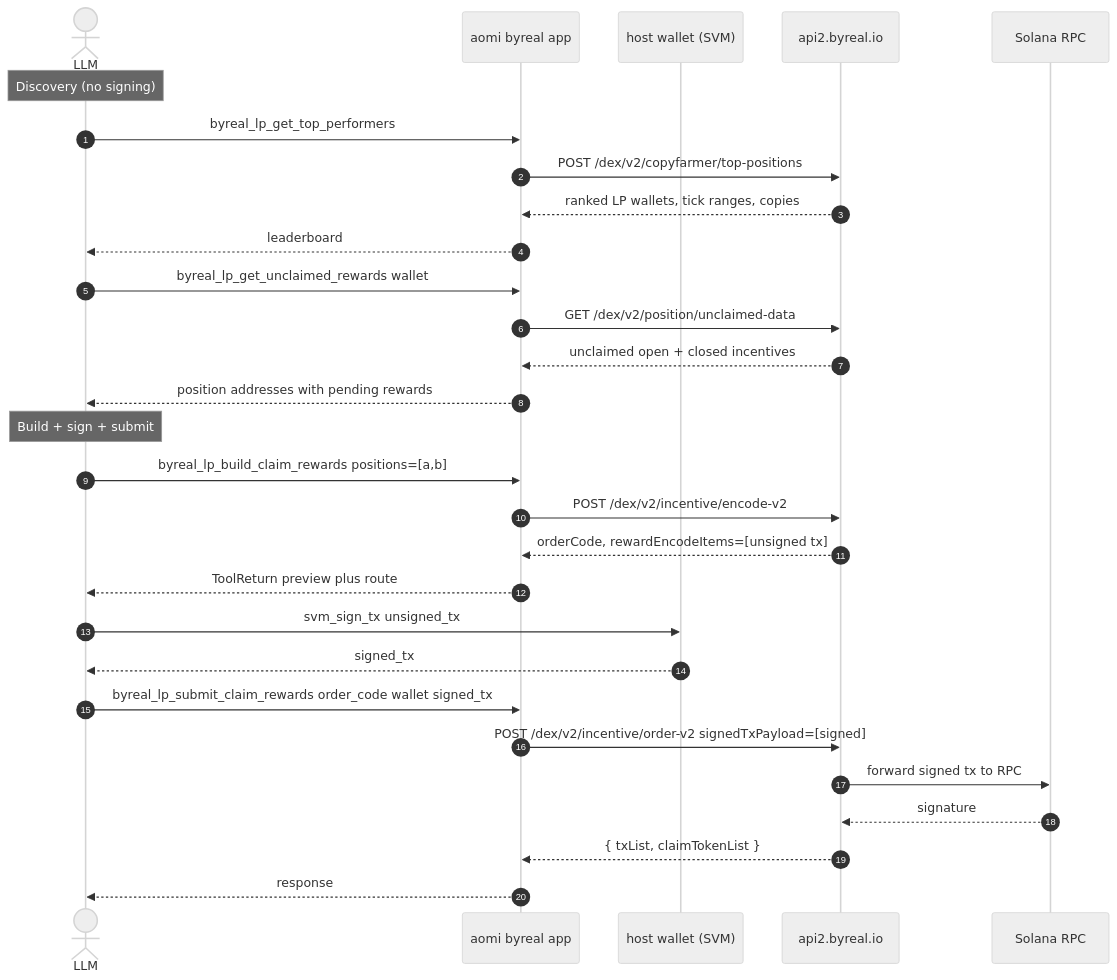
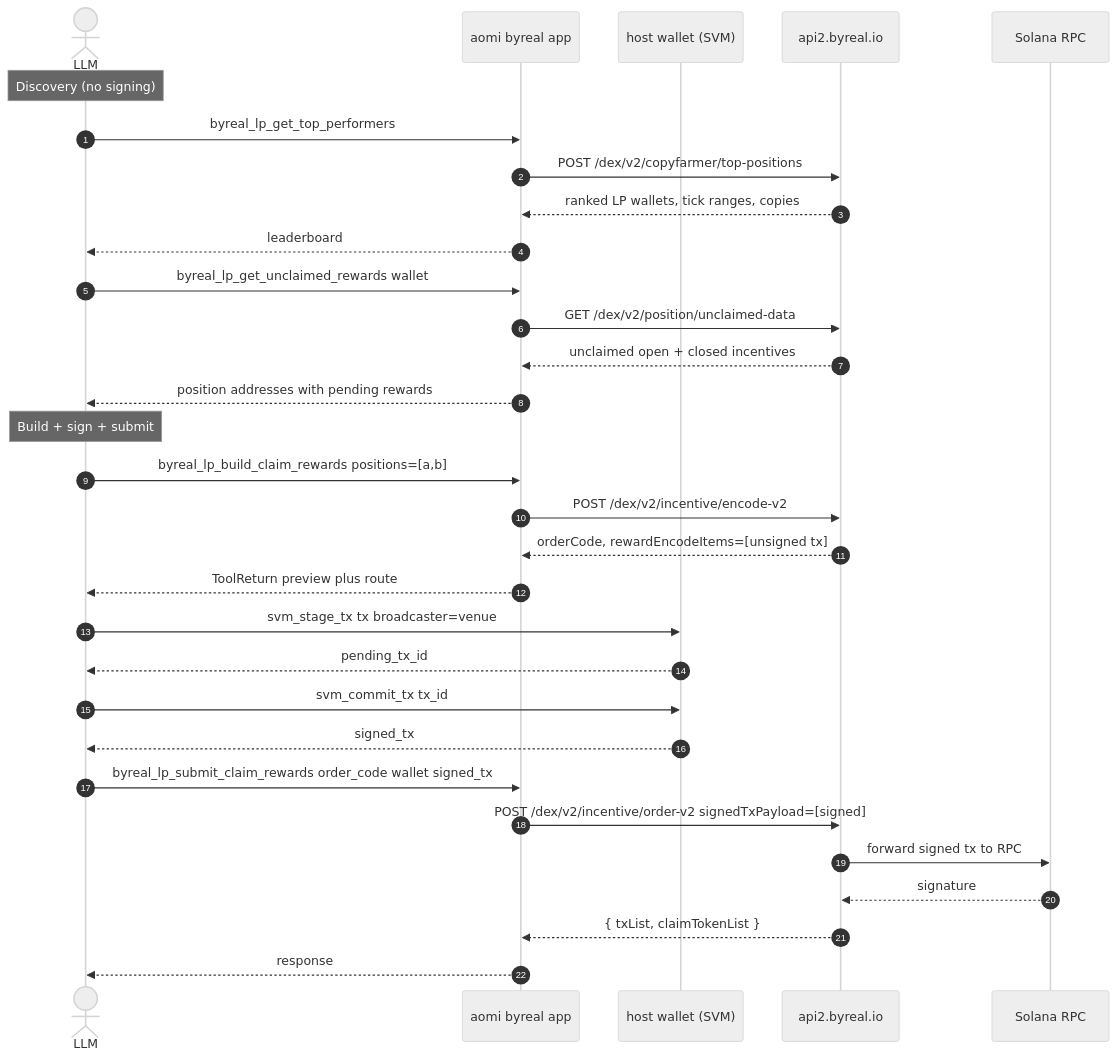
Before and after one commit to aomi-labs/aomi-sdk: the fifth of 6 diagrams in apps/byreal/BYREAL_CLI_FLOWS.md, drawn with Mermaid (neutral theme). The commit also changed other lines of this file and 13 other files, not shown here.

````diff
--- a/apps/byreal/BYREAL_CLI_FLOWS.md
+++ b/apps/byreal/BYREAL_CLI_FLOWS.md
@@ -169,35 +171,37 @@
 ```mermaid
 sequenceDiagram
     autonumber
     actor LLM
     participant App as aomi byreal app
     participant Host as host wallet (SVM)
     participant Byreal as api2.byreal.io
     participant Solana as Solana RPC
 
     Note over LLM: Discovery (no signing)
     LLM->>App: byreal_lp_get_top_performers
     App->>Byreal: POST /dex/v2/copyfarmer/top-positions
     Byreal-->>App: ranked LP wallets, tick ranges, copies
     App-->>LLM: leaderboard
     LLM->>App: byreal_lp_get_unclaimed_rewards wallet
     App->>Byreal: GET /dex/v2/position/unclaimed-data
     Byreal-->>App: unclaimed open + closed incentives
     App-->>LLM: position addresses with pending rewards
 
     Note over LLM: Build + sign + submit
     LLM->>App: byreal_lp_build_claim_rewards positions=[a,b]
     App->>Byreal: POST /dex/v2/incentive/encode-v2
     Byreal-->>App: orderCode, rewardEncodeItems=[unsigned tx]
     App-->>LLM: ToolReturn preview plus route
 
-    LLM->>Host: svm_sign_tx unsigned_tx
+    LLM->>Host: svm_stage_tx tx broadcaster=venue
+    Host-->>LLM: pending_tx_id
+    LLM->>Host: svm_commit_tx tx_id
     Host-->>LLM: signed_tx
 
     LLM->>App: byreal_lp_submit_claim_rewards order_code wallet signed_tx
     App->>Byreal: POST /dex/v2/incentive/order-v2 signedTxPayload=[signed]
     Byreal->>Solana: forward signed tx to RPC
     Solana-->>Byreal: signature
     Byreal-->>App: { txList, claimTokenList }
     App-->>LLM: response
 ```
````
